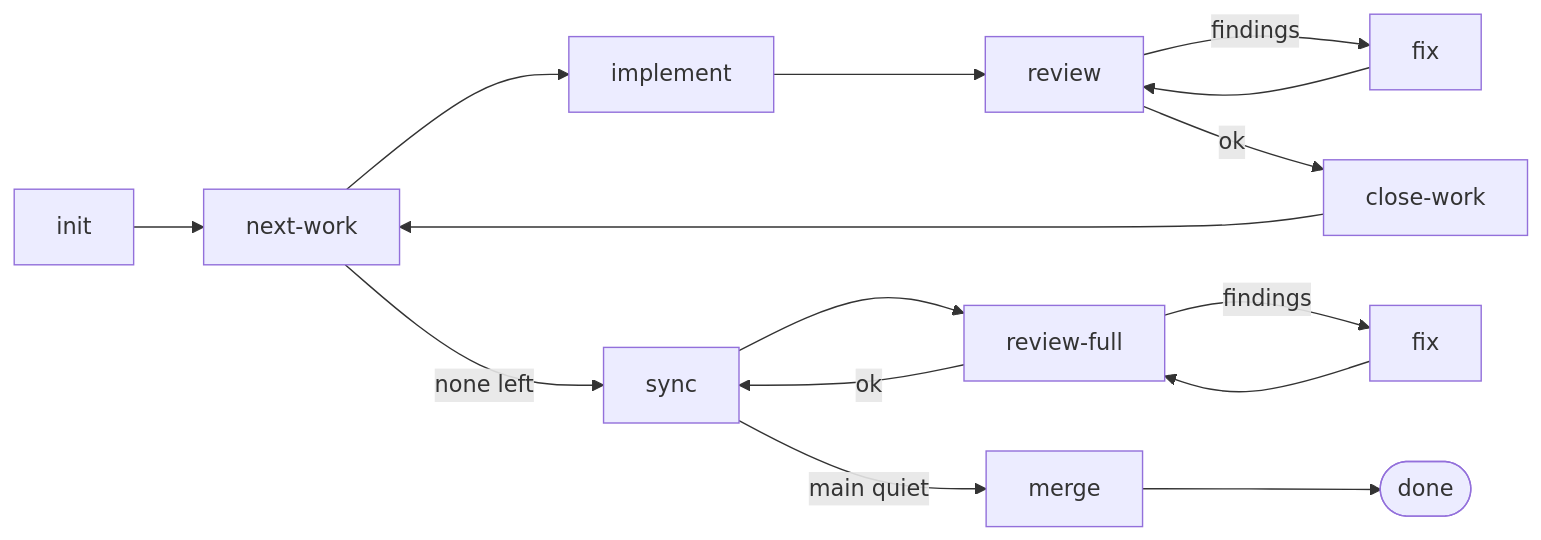
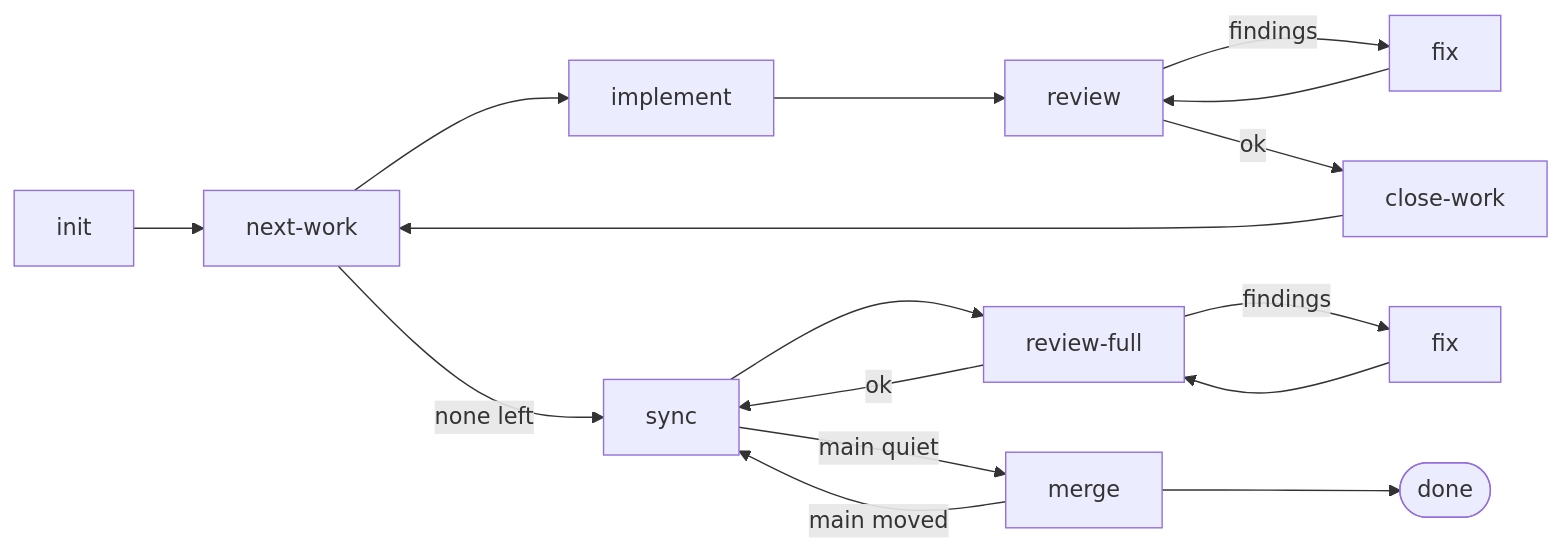
One commit to sousfactory/sous changed the second of 2 diagrams in README.md. Above: the diagram before and after it, drawn with Mermaid. The commit also changed other lines of this file and 9 other files, not shown here.

First line of the commit message:
feat(merge): resync lands only synced code; task and feature route stale back to sync

````diff
--- a/README.md
+++ b/README.md
@@ -69,10 +69,11 @@
 ```mermaid
 flowchart LR
   init --> nw[next-work] --> implement --> review
   review -- findings --> fix --> review
   review -- ok --> cw[close-work] --> nw
   nw -- none left --> sync --> rf[review-full]
   rf -- findings --> frf[fix] --> rf
   rf -- ok --> sync
   sync -- main quiet --> merge --> done([done])
+  merge -- main moved --> sync
 ```
````
